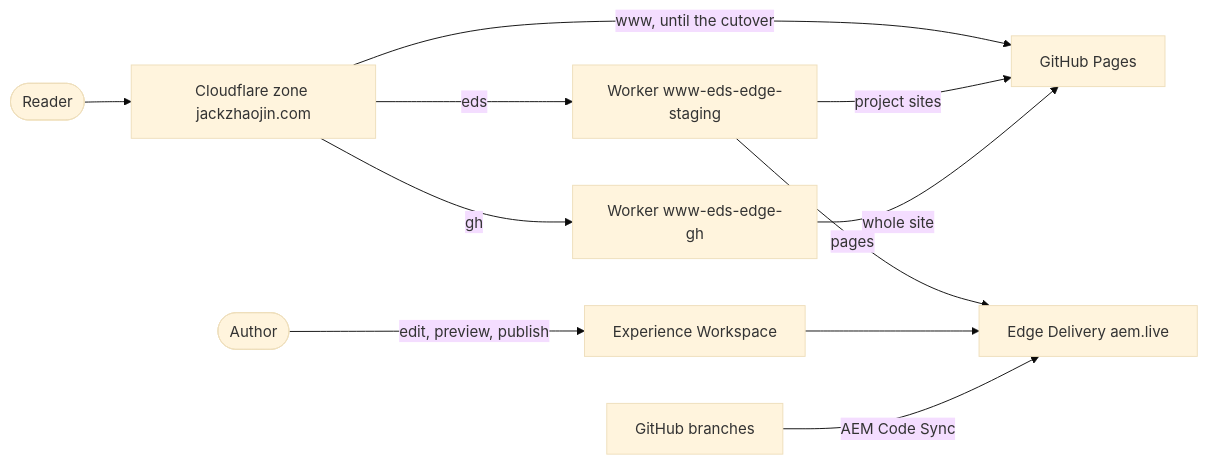
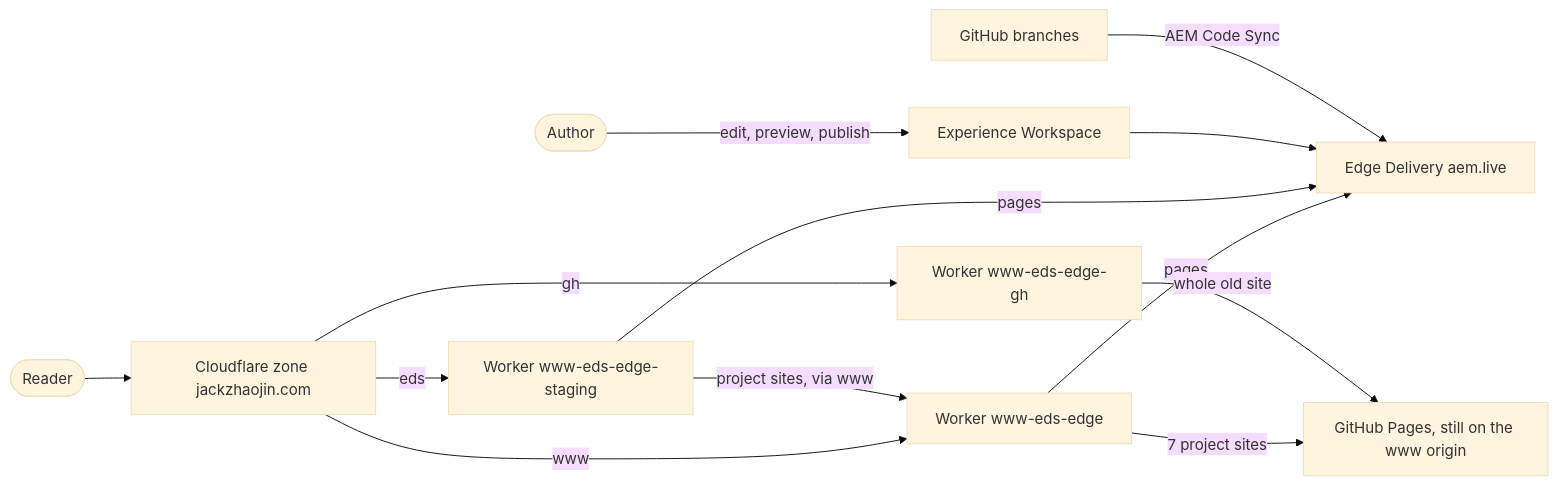
The diagram in README.md (jackzhaojin/www-eds), drawn with Mermaid (base theme) before and after one commit. The commit also changed other lines of this file and 9 other files, not shown here.

First line of the commit message:
docs: the cutover is live; the repo matches production

````diff
--- a/README.md
+++ b/README.md
@@ -17,13 +17,15 @@
 ```mermaid
 flowchart LR
   reader([Reader]) --> zone[Cloudflare zone jackzhaojin.com]
-  zone -->|www, until the cutover| pages[GitHub Pages]
+  zone -->|www| wWww[Worker www-eds-edge]
   zone -->|eds| wEds[Worker www-eds-edge-staging]
   zone -->|gh| wGh[Worker www-eds-edge-gh]
-  wEds -->|pages| eds[Edge Delivery aem.live]
-  wEds -->|project sites| pages
-  wGh -->|whole site| pages
+  wWww -->|pages| eds[Edge Delivery aem.live]
+  wWww -->|7 project sites| pages[GitHub Pages, still on the www origin]
+  wEds -->|pages| eds
+  wEds -->|project sites, via www| wWww
+  wGh -->|whole old site| pages
   author([Author]) -->|edit, preview, publish| da[Experience Workspace]
   da --> eds
   repo[GitHub branches] -->|AEM Code Sync| eds
 ```
````
